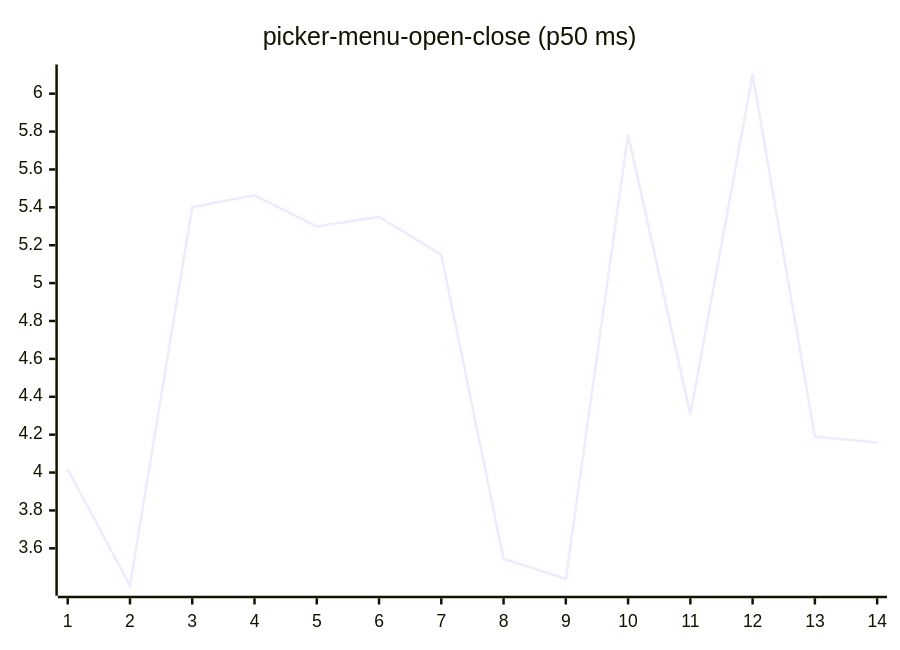
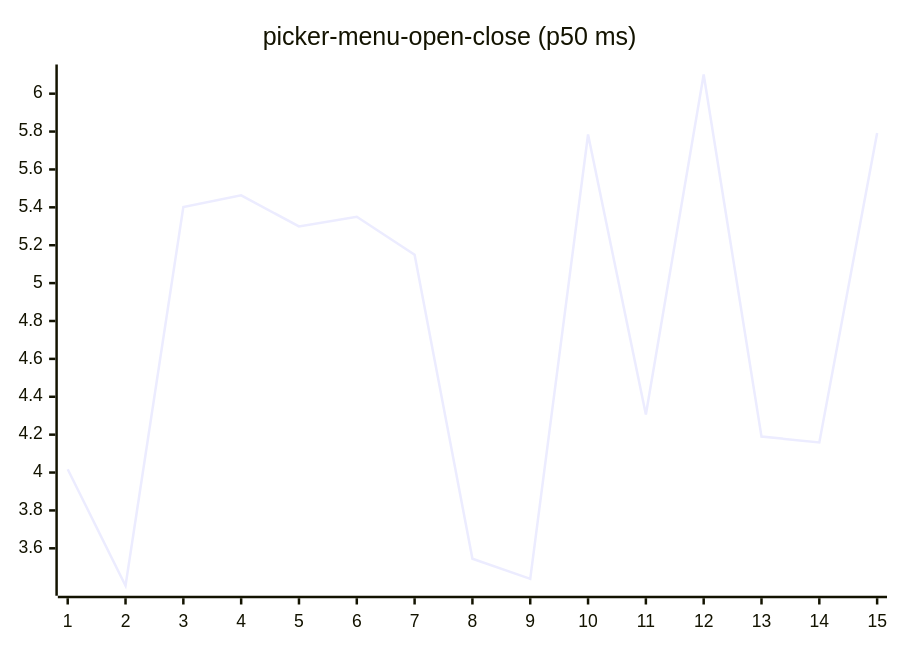
One commit to josha/Facet changed diagram 16 of 27 in README.md. Above: the diagram before and after it, drawn with Mermaid. The commit also changed other lines of this file and 2 other files, not shown here.

````diff
--- a/README.md
+++ b/README.md
@@ -168,6 +168,6 @@
 ```mermaid
 xychart-beta
     title "picker-menu-open-close (p50 ms)"
-    x-axis 1 --> 14
-    line [4.0174, 3.4024, 5.4017, 5.4631, 5.2994, 5.3502, 5.1493, 3.5447, 3.4388, 5.7846, 4.3066, 6.1012, 4.1897, 4.1591]
+    x-axis 1 --> 15
+    line [4.0174, 3.4024, 5.4017, 5.4631, 5.2994, 5.3502, 5.1493, 3.5447, 3.4388, 5.7846, 4.3066, 6.1012, 4.1897, 4.1591, 5.7919]
 ```
````
